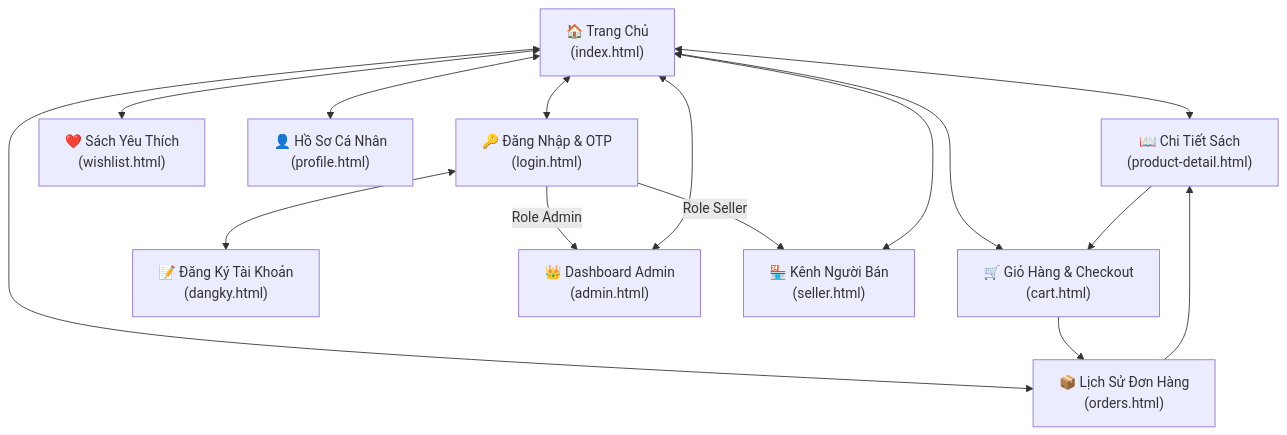
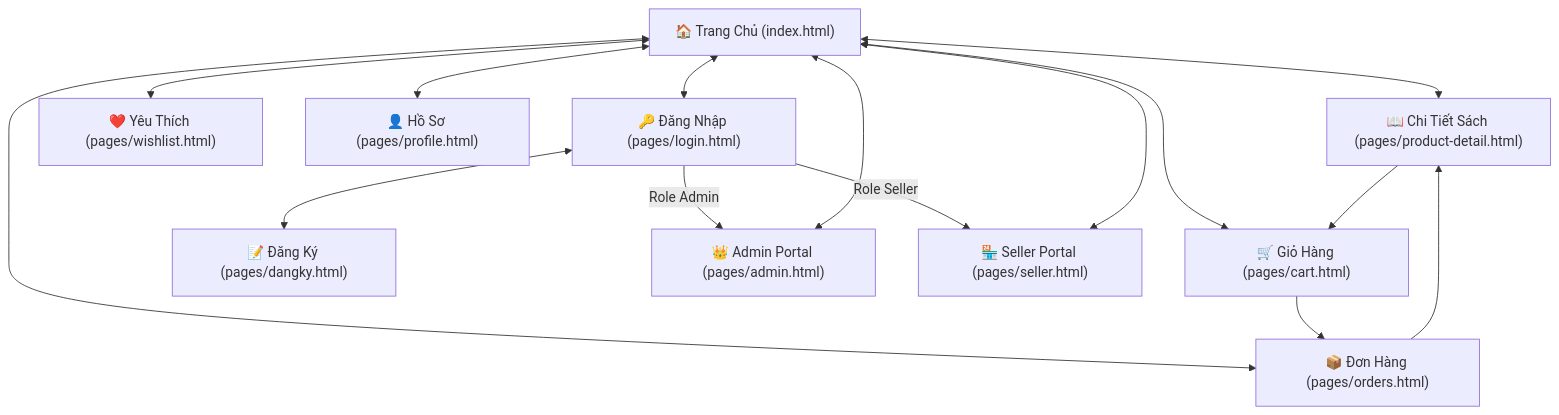
One commit to hieunguyenpro1919/nhasach changed the sixth of 6 diagrams in docs/software_architecture_design.md. Above: the diagram before and after it, drawn with Mermaid. The commit also changed other lines of this file and 4 other files, not shown here.

````diff
--- a/docs/software_architecture_design.md
+++ b/docs/software_architecture_design.md
@@ -315,30 +281,30 @@
 ```mermaid
 flowchart TD
-    HOME["🏠 Trang Chủ\n(index.html)"]
-    DETAIL["📖 Chi Tiết Sách\n(product-detail.html)"]
-    CART["🛒 Giỏ Hàng & Checkout\n(cart.html)"]
-    ORDERS["📦 Lịch Sử Đơn Hàng\n(orders.html)"]
-    WISHLIST["❤️ Sách Yêu Thích\n(wishlist.html)"]
-    PROFILE["👤 Hồ Sơ Cá Nhân\n(profile.html)"]
-    LOGIN["🔑 Đăng Nhập & OTP\n(login.html)"]
-    REGISTER["📝 Đăng Ký Tài Khoản\n(dangky.html)"]
-    ADMIN["👑 Dashboard Admin\n(admin.html)"]
-    SELLER["🏪 Kênh Người Bán\n(seller.html)"]
+    HOME["🏠 Trang Chủ (index.html)"]
+    DETAIL["📖 Chi Tiết Sách (pages/product-detail.html)"]
+    CART["🛒 Giỏ Hàng (pages/cart.html)"]
+    ORDERS["📦 Đơn Hàng (pages/orders.html)"]
+    WISHLIST["❤️ Yêu Thích (pages/wishlist.html)"]
+    PROFILE["👤 Hồ Sơ (pages/profile.html)"]
+    LOGIN["🔑 Đăng Nhập (pages/login.html)"]
+    REGISTER["📝 Đăng Ký (pages/dangky.html)"]
+    ADMIN["👑 Admin Portal (pages/admin.html)"]
+    SELLER["🏪 Seller Portal (pages/seller.html)"]
 
     HOME <--> DETAIL
     HOME <--> CART
     HOME <--> WISHLIST
     HOME <--> ORDERS
     HOME <--> PROFILE
     HOME <--> LOGIN
     LOGIN <--> REGISTER
 
     DETAIL --> CART
     CART --> ORDERS
     ORDERS --> DETAIL
 
     LOGIN -- "Role Admin" --> ADMIN
     LOGIN -- "Role Seller" --> SELLER
     ADMIN <--> HOME
     SELLER <--> HOME
 ```
````
